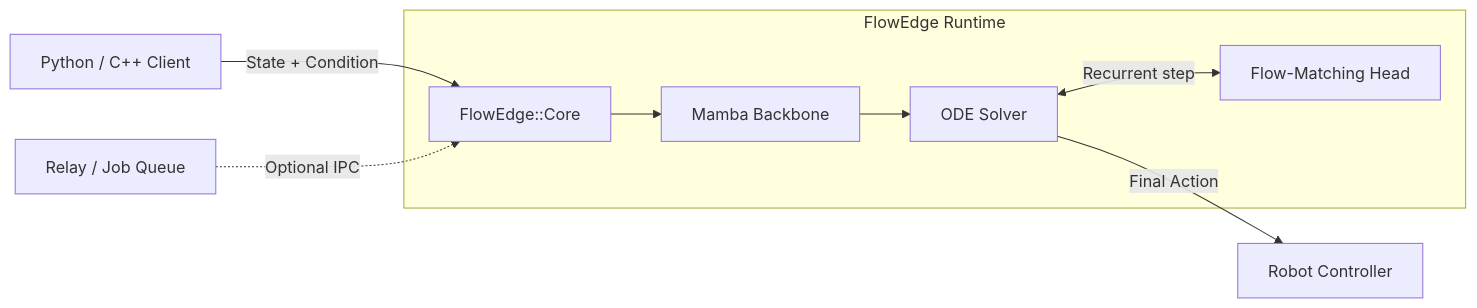
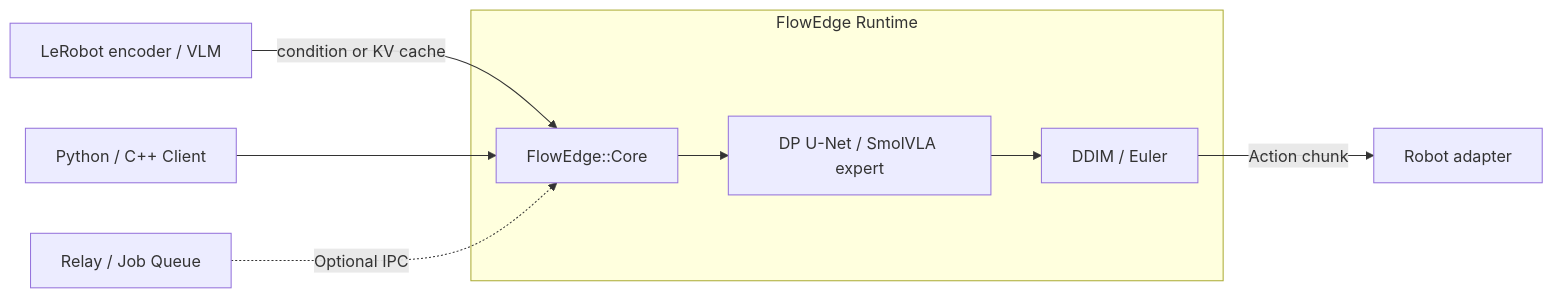
Before and after one commit to elprofesoriqo/FlowEdge: the diagram in README.md, drawn with Mermaid. The commit also changed other lines of this file and 8 other files, not shown here.

Commit message:
docs: put Mamba last and lead with LeRobot deployment (#142)

````diff
--- a/README.md
+++ b/README.md
@@ -127,11 +87,11 @@
 ```mermaid
 flowchart LR
-    Client[Python / C++ Client] -->|State + Condition| Core[FlowEdge::Core]
+    LeRobot[LeRobot encoder / VLM] -->|condition or KV cache| Core[FlowEdge::Core]
+    Client[Python / C++ Client] --> Core
     subgraph Engine [FlowEdge Runtime]
-        Core --> Backbone[Mamba Backbone]
-        Backbone --> Solver[ODE Solver]
-        Solver <-->|Recurrent step| Head[Flow-Matching Head]
+        Core --> Policy[DP U-Net / SmolVLA expert]
+        Policy --> Solver[DDIM / Euler]
     end
-    Solver -->|Final Action| Output[Robot Controller]
+    Solver -->|Action chunk| Output[Robot adapter]
     Relay[Relay / Job Queue] -.->|Optional IPC| Core
 ```
````
